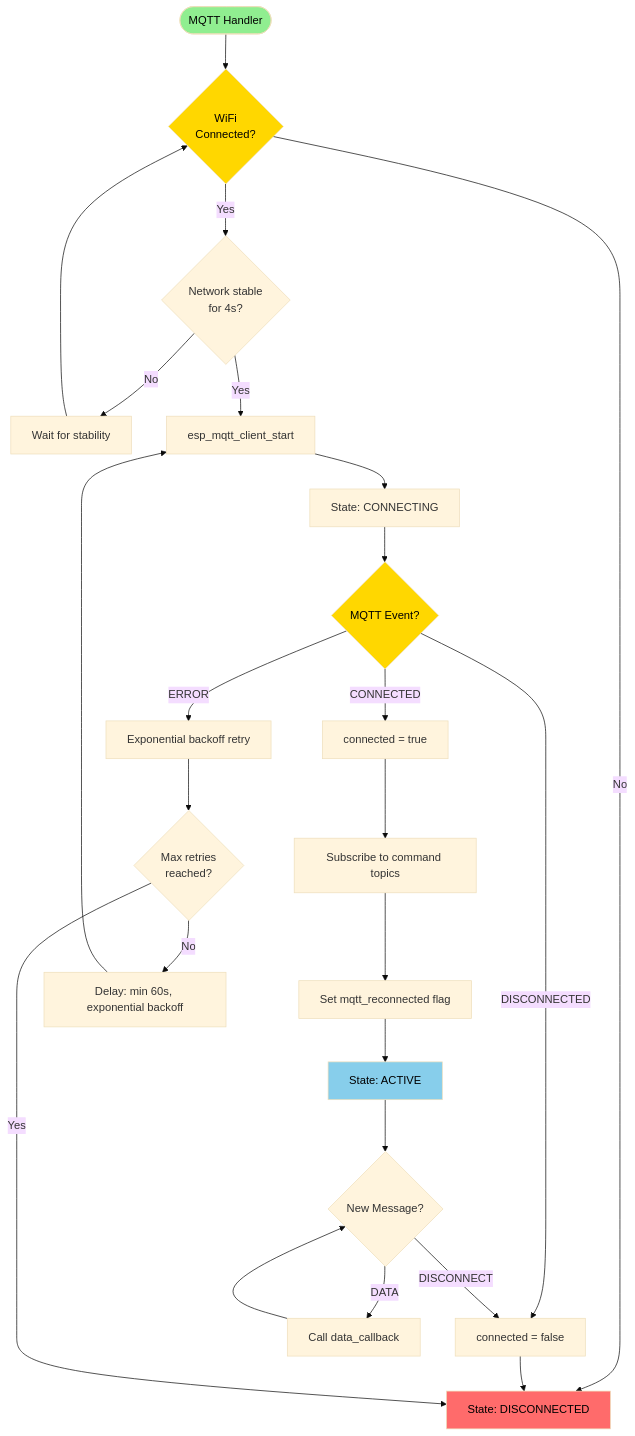
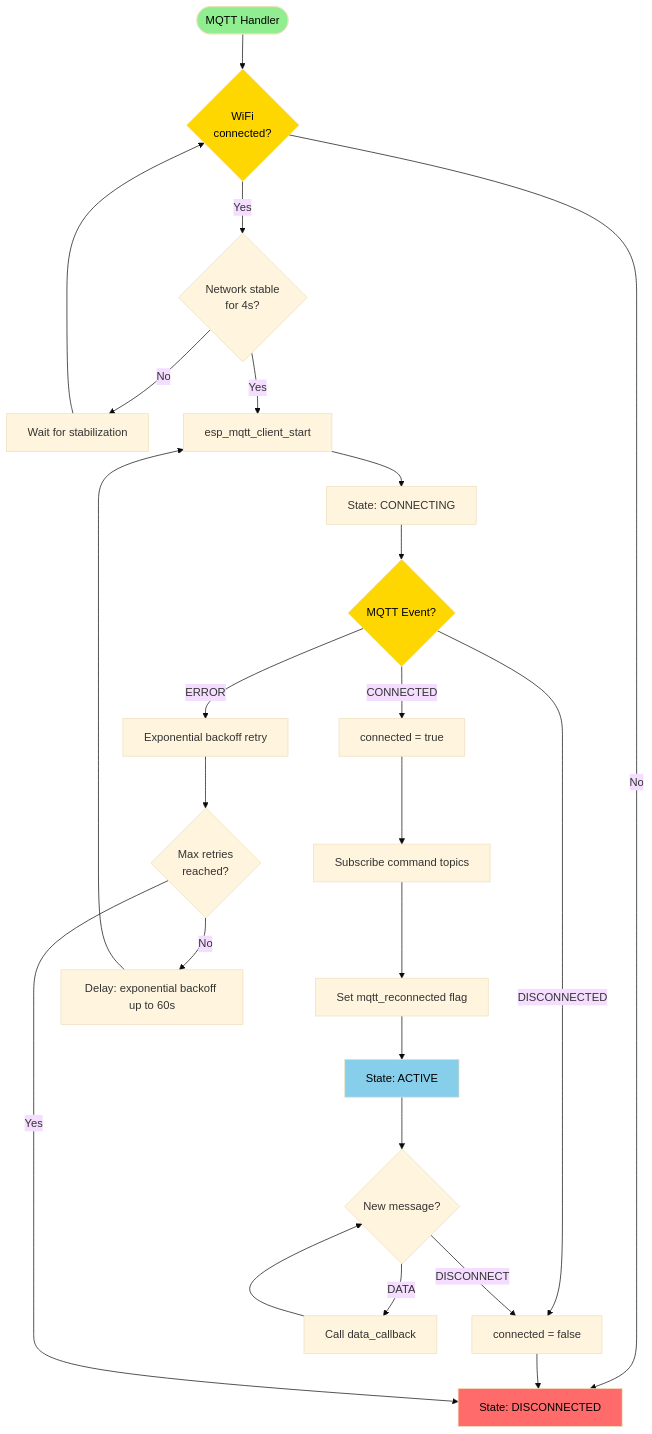
The ninth of 10 diagrams in documents/esp32/FLOW_DIAGRAM_ESP32.md (meeTeam05/datalogger), drawn with Mermaid (base theme) before and after one commit. The commit also changed other lines of this file, not shown here.

Commit message:
fix(docs): update flow diagram titles and descriptions for clarity in FLOW_DIAGRAM_ESP32.md

````diff
--- a/documents/esp32/FLOW_DIAGRAM_ESP32.md
+++ b/documents/esp32/FLOW_DIAGRAM_ESP32.md
@@ -273,42 +283,42 @@
 ```mermaid
 flowchart TD
-    Start([MQTT Handler]) --> CheckWiFi{WiFi<br/>Connected?}
+    Start([MQTT Handler]) --> CheckWiFi{WiFi<br/>connected?}
 
     CheckWiFi -->|No| StateDisc[State: DISCONNECTED]
     CheckWiFi -->|Yes| Check4s{Network stable<br/>for 4s?}
 
-    Check4s -->|No| Wait[Wait for stability]
+    Check4s -->|No| Wait[Wait for stabilization]
     Check4s -->|Yes| StartClient[esp_mqtt_client_start]
 
     Wait --> CheckWiFi
     StartClient --> StateConn[State: CONNECTING]
 
     StateConn --> WaitEvent{MQTT Event?}
 
     WaitEvent -->|CONNECTED| SetConnected[connected = true]
     WaitEvent -->|DISCONNECTED| SetDisconnected[connected = false]
     WaitEvent -->|ERROR| HandleError[Exponential backoff retry]
 
-    SetConnected --> SubTopics[Subscribe to command topics]
+    SetConnected --> SubTopics[Subscribe command topics]
     SubTopics --> SetReconnFlag[Set mqtt_reconnected flag]
     SetReconnFlag --> StateActive[State: ACTIVE]
 
     SetDisconnected --> StateDisc
     HandleError --> CheckRetry{Max retries<br/>reached?}
 
     CheckRetry -->|Yes| StateDisc
-    CheckRetry -->|No| BackoffDelay[Delay: min 60s, exponential backoff]
+    CheckRetry -->|No| BackoffDelay[Delay: exponential backoff up to 60s]
     BackoffDelay --> StartClient
 
-    StateActive --> WaitMsg{New Message?}
+    StateActive --> WaitMsg{New message?}
     WaitMsg -->|DATA| CallCallback[Call data_callback]
     WaitMsg -->|DISCONNECT| SetDisconnected
 
     CallCallback --> WaitMsg
 
     style Start fill:#90EE90, color:#000000
     style CheckWiFi fill:#FFD700, color:#000000
     style WaitEvent fill:#FFD700, color:#000000
     style StateActive fill:#87CEEB, color:#000000
     style StateDisc fill:#FF6B6B, color:#000000
 ```
````
